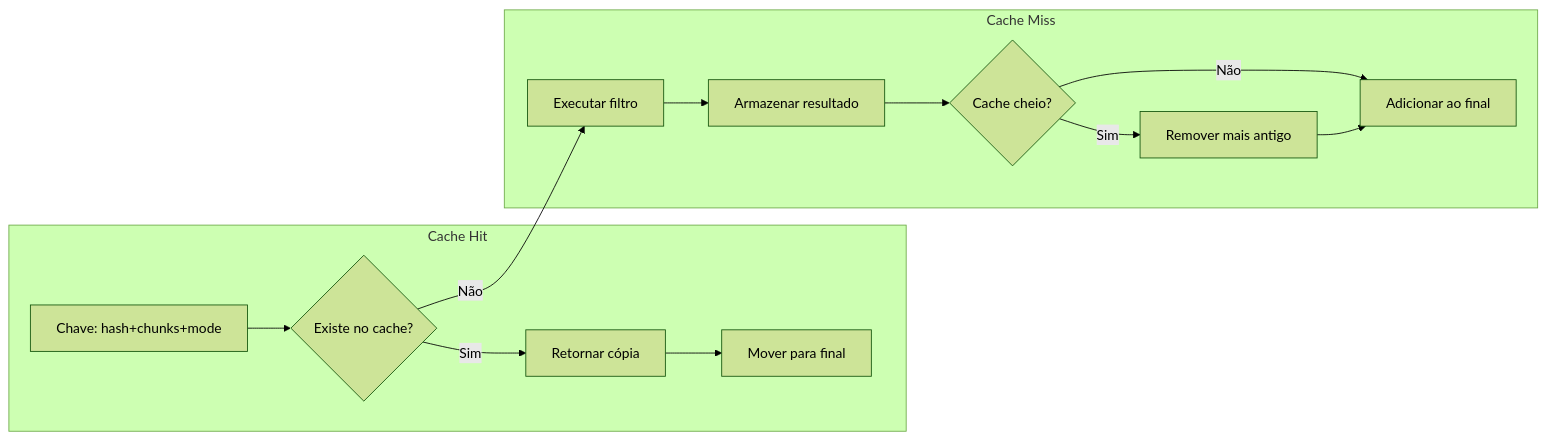
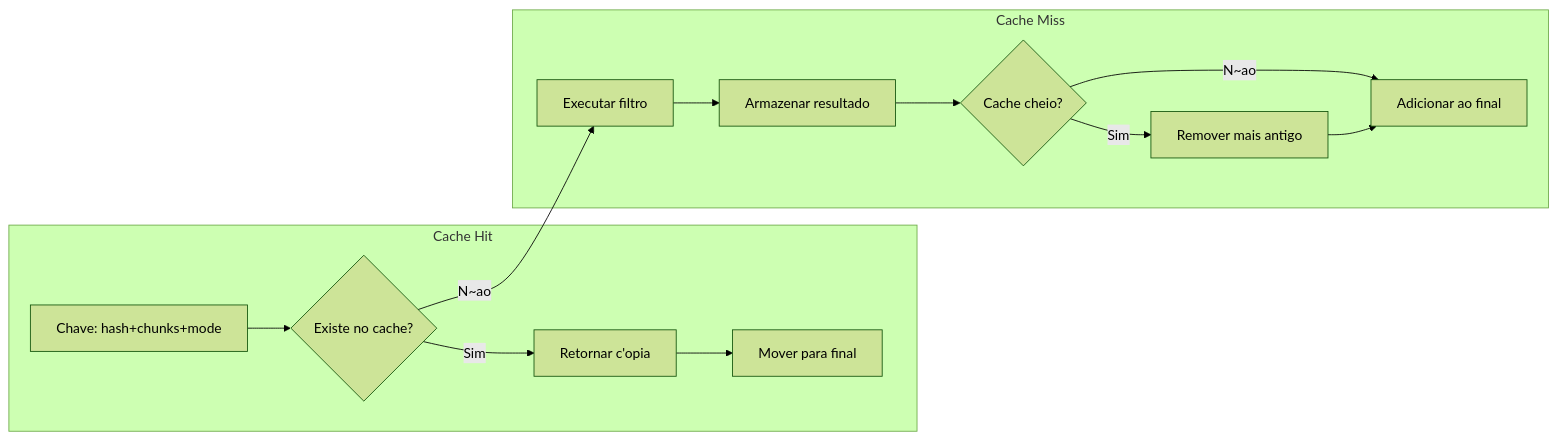
The sixth of 11 diagrams in docs/WORKERS_ARCHITECTURE_DIAGRAMS.md (mauriciomenon/SSA_Consulta_Rapida), drawn with Mermaid (forest theme) before and after one commit. The commit also changed other lines of this file and 20 other files, not shown here.

````diff
--- a/docs/WORKERS_ARCHITECTURE_DIAGRAMS.md
+++ b/docs/WORKERS_ARCHITECTURE_DIAGRAMS.md
@@ -171,17 +171,17 @@
 ```mermaid
 flowchart LR
     subgraph "Cache Hit"
         A[Chave: hash+chunks+mode] --> B{Existe no cache?}
-        B -->|Sim| C[Retornar cópia]
+        B -->|Sim| C[Retornar c'opia]
         C --> D[Mover para final]
     end
     
     subgraph "Cache Miss"
-        B -->|Não| E[Executar filtro]
+        B -->|N~ao| E[Executar filtro]
         E --> F[Armazenar resultado]
         F --> G{Cache cheio?}
         G -->|Sim| H[Remover mais antigo]
-        G -->|Não| I[Adicionar ao final]
+        G -->|N~ao| I[Adicionar ao final]
         H --> I
     end
 ```
````
